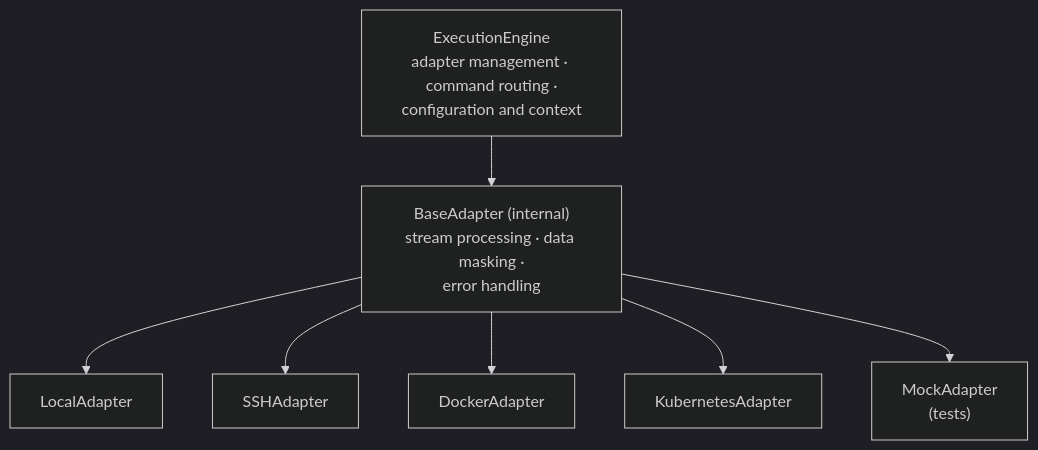
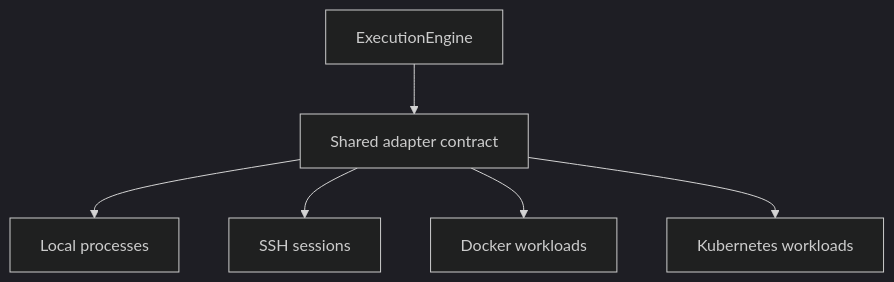
Before and after one commit to xec-sh/xec: the diagram in website/docs/core/execution-engine/adapters/concept.md, drawn with Mermaid (dark theme). The commit also changed other lines of this file and 25 other files, not shown here.

````diff
--- a/website/docs/core/execution-engine/adapters/concept.md
+++ b/website/docs/core/execution-engine/adapters/concept.md
@@ -15,12 +15,8 @@
 ```mermaid
 flowchart TD
-    Engine["ExecutionEngine<br/>adapter management · command routing ·<br/>configuration and context"]
-    Base["BaseAdapter (internal)<br/>stream processing · data masking ·<br/>error handling"]
-
-    Engine --> Base
-    Base --> Local["LocalAdapter"]
-    Base --> SSH["SSHAdapter"]
-    Base --> Docker["DockerAdapter"]
-    Base --> K8s["KubernetesAdapter"]
-    Base --> Mock["MockAdapter<br/>(tests)"]
+    Engine["ExecutionEngine"] --> Base["Shared adapter contract"]
+    Base --> Local["Local processes"]
+    Base --> SSH["SSH sessions"]
+    Base --> Docker["Docker workloads"]
+    Base --> Kubernetes["Kubernetes workloads"]
 ```
````
